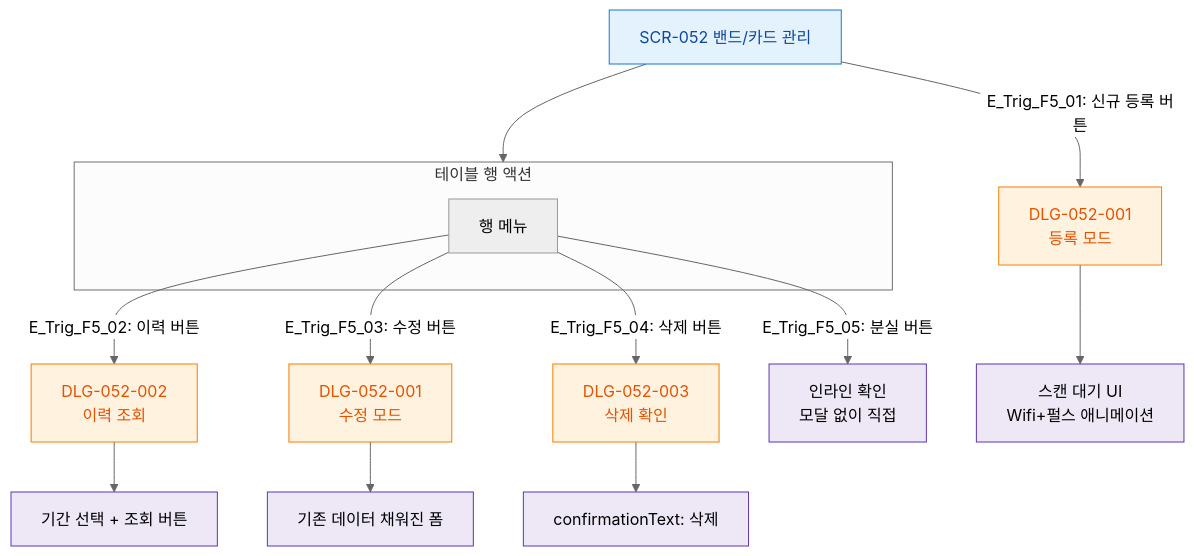
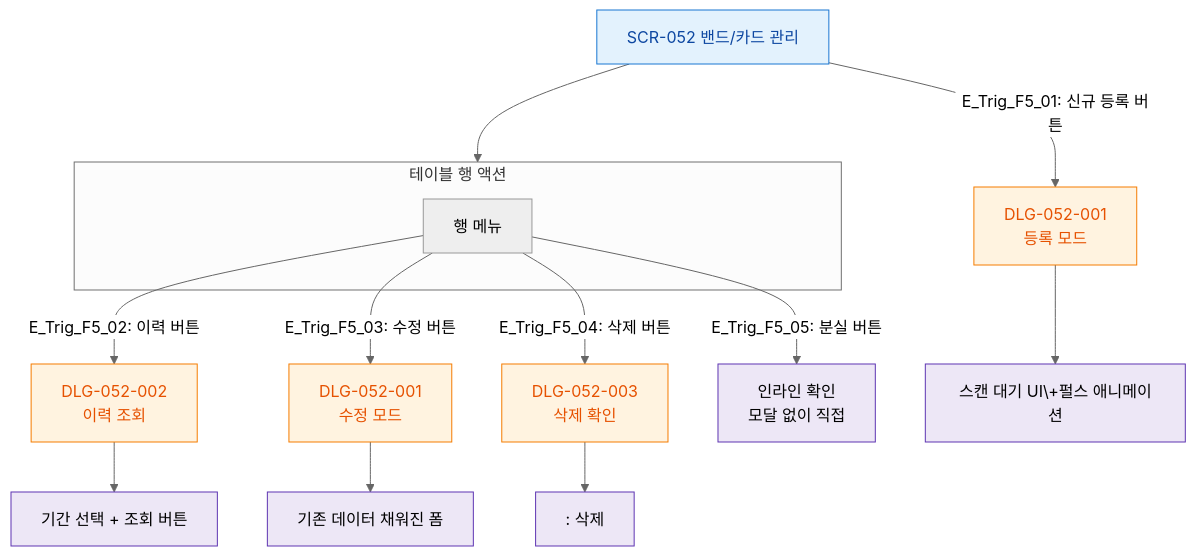
Before and after one commit to dev-spogym/admin-pando: the diagram in docs/다이어그램/D06_시설관리/SCR-052_밴드카드관리/F5_모달트리거.md, drawn with Mermaid (neutral theme). The commit also changed other lines of this file and 1660 other files, not shown here.

First line of the commit message:
다이어그램: 기획자/클라이언트 납품본으로 정리

````diff
--- a/docs/다이어그램/D06_시설관리/SCR-052_밴드카드관리/F5_모달트리거.md
+++ b/docs/다이어그램/D06_시설관리/SCR-052_밴드카드관리/F5_모달트리거.md
@@ -19,29 +17,29 @@
 ```mermaid
 flowchart TD
     SCR052[SCR-052 밴드/카드 관리]
 
-    SCR052 -->|"E_Trig_F5_01: 신규 등록 버튼"| DLG001_new[DLG-052-001\n등록 모드]
+    SCR052 -->|"E_Trig_F5_01: 신규 등록 버튼"|DLG001_new[DLG-052-001\n등록 모드]
 
     subgraph RowActions["테이블 행 액션"]
         RowMenu[행 메뉴]
     end
     SCR052 --> RowActions
 
-    RowMenu -->|"E_Trig_F5_02: 이력 버튼"| DLG002[DLG-052-002\n이력 조회]
-    RowMenu -->|"E_Trig_F5_03: 수정 버튼"| DLG001_edit[DLG-052-001\n수정 모드]
-    RowMenu -->|"E_Trig_F5_04: 삭제 버튼"| DLG003[DLG-052-003\n삭제 확인]
-    RowMenu -->|"E_Trig_F5_05: 분실 버튼"| LostConfirm[인라인 확인\n모달 없이 직접]
+    RowMenu -->|"E_Trig_F5_02: 이력 버튼"|DLG002[DLG-052-002\n이력 조회]
+    RowMenu -->|"E_Trig_F5_03: 수정 버튼"|DLG001_edit[DLG-052-001\n수정 모드]
+    RowMenu -->|"E_Trig_F5_04: 삭제 버튼"|DLG003[DLG-052-003\n삭제 확인]
+    RowMenu -->|"E_Trig_F5_05: 분실 버튼"|LostConfirm[인라인 확인\n모달 없이 직접]
 
-    DLG001_new --> ScanUI[스캔 대기 UI\nWifi+펄스 애니메이션]
+    DLG001_new --> ScanUI[스캔 대기 UI\+펄스 애니메이션]
     DLG001_edit --> EditForm[기존 데이터 채워진 폼]
     DLG002 --> DateRange[기간 선택 + 조회 버튼]
-    DLG003 --> ConfirmText[confirmationText: 삭제]
+    DLG003 --> ConfirmText[: 삭제]
 
     classDef screen fill:#E3F2FD,stroke:#1976D2,color:#0D47A1
     classDef modal fill:#FFF3E0,stroke:#F57C00,color:#E65100
     classDef system fill:#EDE7F6,stroke:#5E35B2
 
     class SCR052 screen
     class DLG001_new,DLG001_edit,DLG002,DLG003 modal
     class ScanUI,EditForm,DateRange,ConfirmText,LostConfirm system
 ```
````
